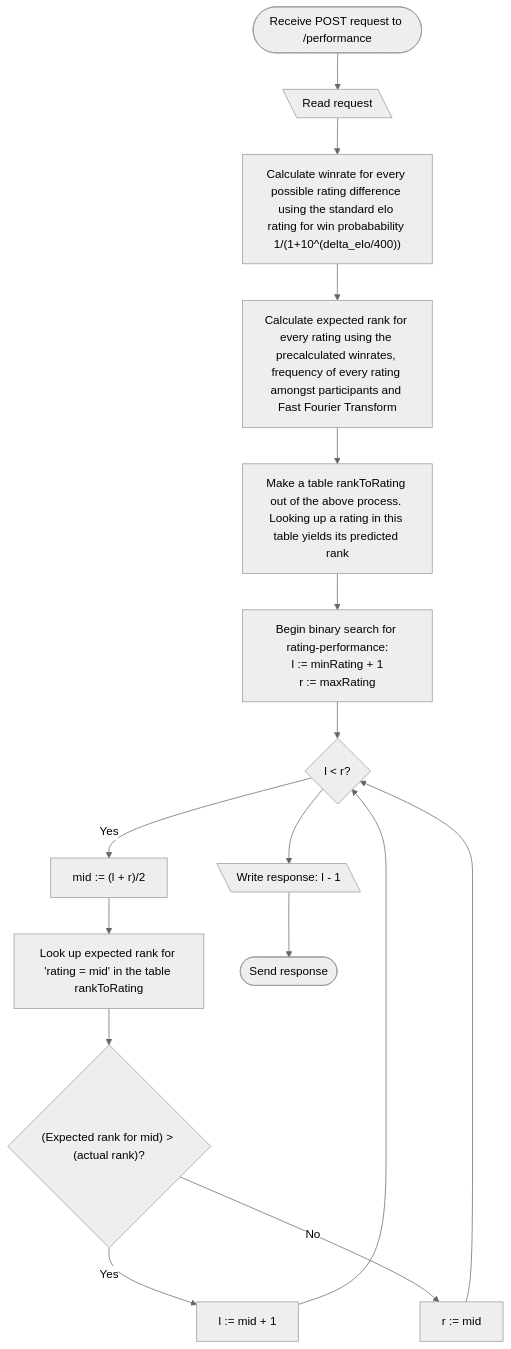
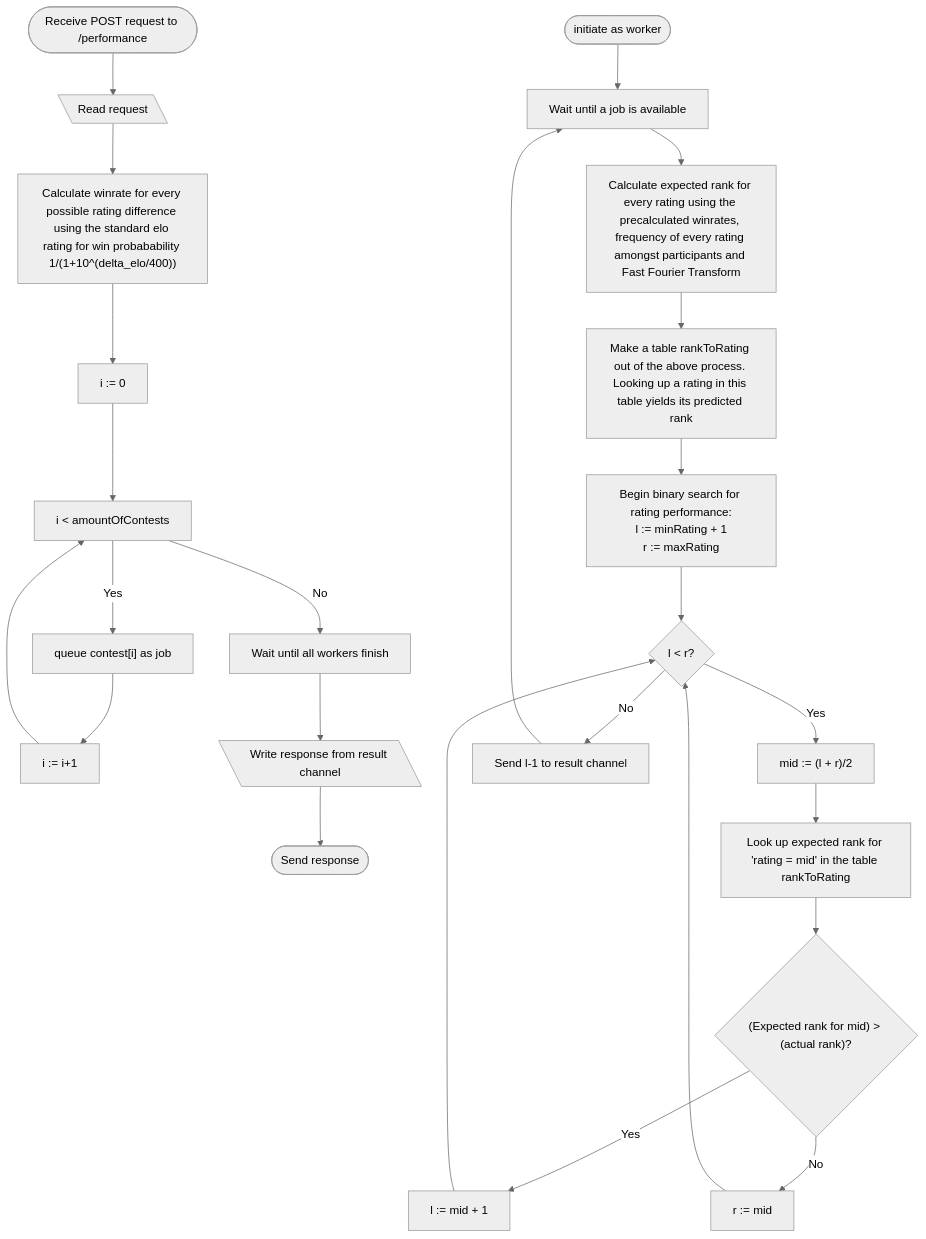
One commit to Yuqzii/codeforces-insights changed the diagram in docs/performance.md. Above: the diagram before and after it, drawn with Mermaid (neutral theme).

Commit message:
Add workers to performance.md

````diff
--- a/docs/performance.md
+++ b/docs/performance.md
@@ -23,19 +23,31 @@
 ```mermaid
+
+
 flowchart TD
 	stadiumStart(["`Receive POST request to /performance`"])
 	--> paraRevStart[\"Read request"\]
 	--> WR["Calculate winrate for every possible rating difference using the standard elo rating for win probabability 1/(1+10^(delta_elo/400))"]
+	--> iterator["i := 0"]
+	--> forLoop["i < amountOfContests"]
+	forLoop -- Yes	--> addJ*b["queue contest[i] as job"]
+	--> increment[i := i+1] --> forLoop
+	forLoop -- No --> waitForWorkers["Wait until all workers finish"]
+	--> paraRevEnd[\"`Write response from result channel`"\]
+	--> stadiumEnd(["`Send response`"])
+	Worker(["initiate as worker"])
+	--> WaitForJ*b["Wait until a job is available"] 
 	--> Types["Calculate expected rank for every rating using the precalculated winrates, frequency of every rating amongst participants and Fast Fourier Transform"]
 	--> Table["Make a table rankToRating out of the above process. Looking up a rating in this table yields its predicted rank"]
-	--> DeclareLR["Begin binary search for rating-performance:<br>l := minRating + 1<br>r := maxRating"]
-  --> BinarySearch{"l &lt; r?"}
-  BinarySearch -- Yes --> DefMid["mid := (l + r)/2"]
-  DefMid --> GetExpected["Look up expected rank for 'rating = mid' in the table rankToRating"]
-  GetExpected --> Compare{"(Expected rank for mid) > (actual rank)?"}
-  Compare -- Yes --> IncreaseL["l := mid + 1"]
-  Compare -- No --> DecreaseR["r := mid"]
-  IncreaseL --> BinarySearch
-  DecreaseR --> BinarySearch
-  --> paraRevEnd[\"`Write response: l - 1`"\]
-  --> stadiumEnd(["`Send response`"])
+	--> DeclareLR["Begin binary search for rating performance:<br>l := minRating + 1<br>r := maxRating"]
+    --> BinarySearch{"l &lt; r?"}
+    BinarySearch -- Yes --> DefMid["mid := (l + r)/2"]
+    DefMid --> GetExpected["Look up expected rank for 'rating = mid' in the table rankToRating"]
+    GetExpected --> Compare{"(Expected rank for mid) > (actual rank)?"}
+    Compare -- Yes --> IncreaseL["l := mid + 1"]
+    Compare -- No --> DecreaseR["r := mid"]
+    IncreaseL --> BinarySearch
+    DecreaseR --> BinarySearch
+    BinarySearch -- No --> End["Send l-1 to result channel"]
+	--> WaitForJ*b
+	
 ```
````
